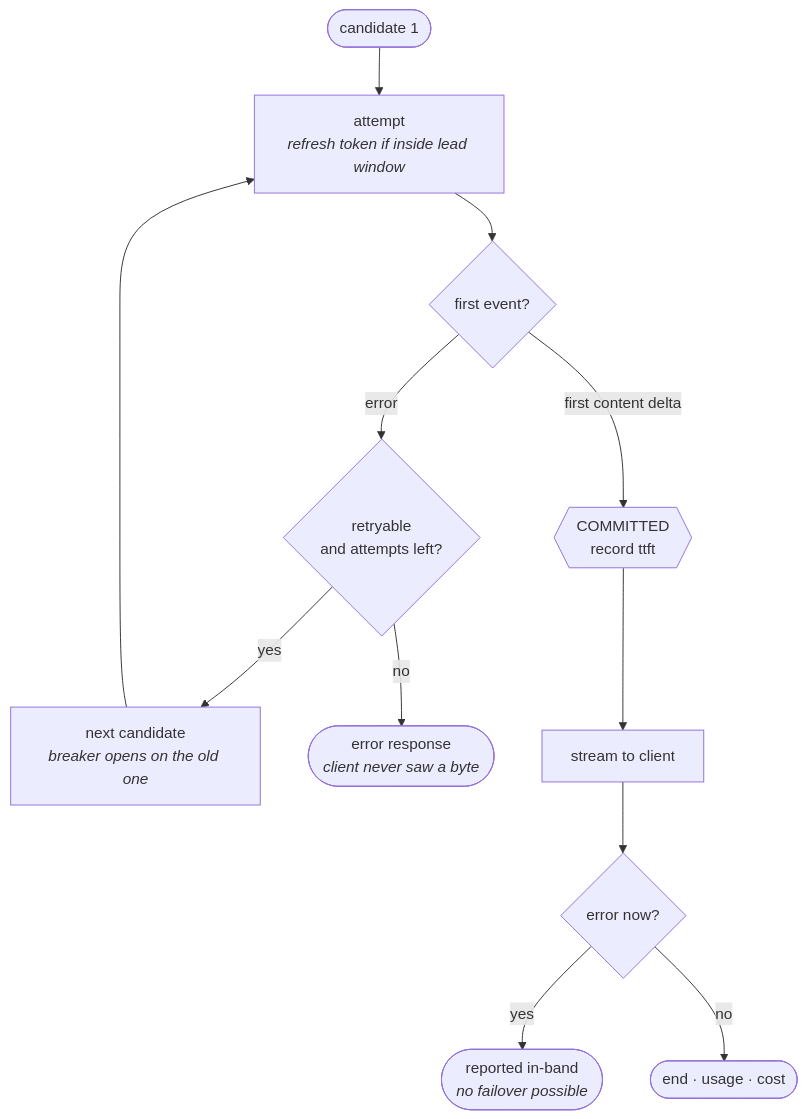
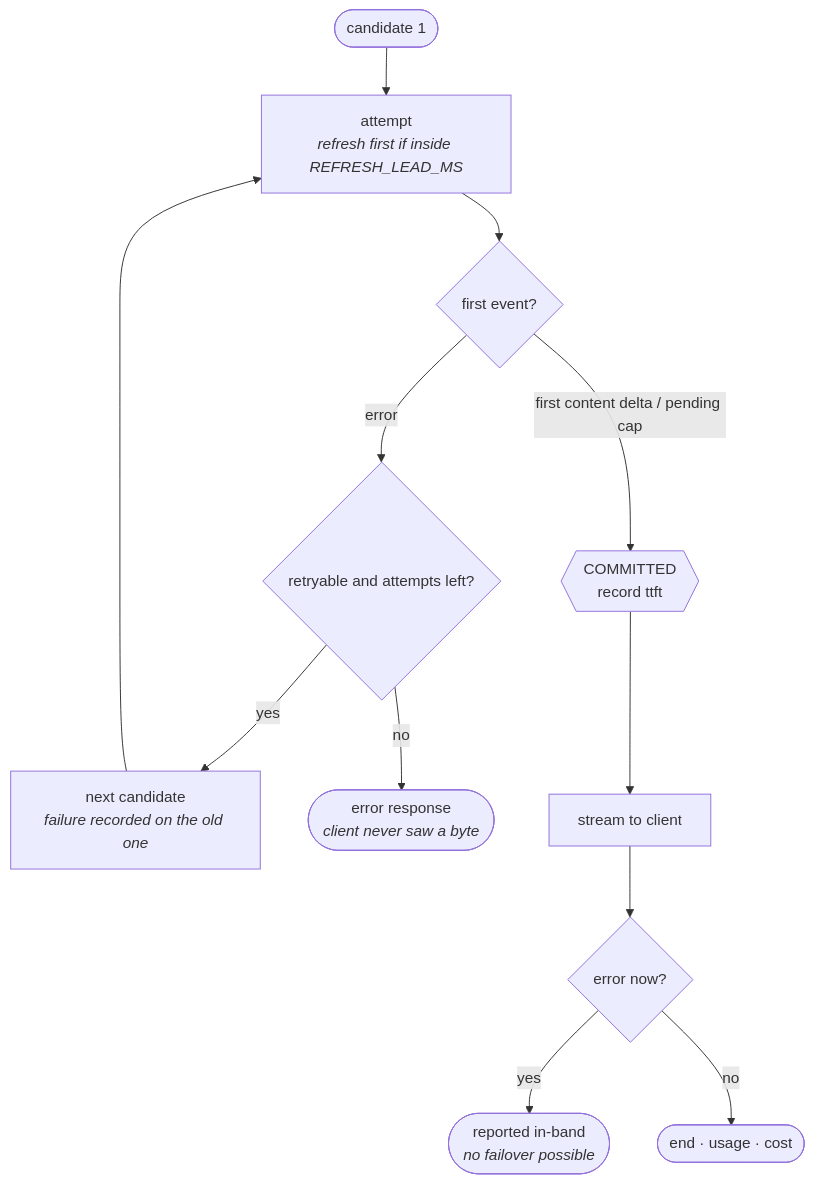
One commit to harismawan/omnigateway changed the fifth of 12 diagrams in ARCHITECTURE.md. Above: the diagram before and after it, drawn with Mermaid. The commit also changed other lines of this file, not shown here.

First line of the commit message:
docs: rewrite ARCHITECTURE.md against the Rust crates

````diff
--- a/ARCHITECTURE.md
+++ b/ARCHITECTURE.md
@@ -302,15 +321,13 @@
 ```mermaid
 flowchart TD
-  start([candidate 1]) --> att["attempt<br/><i>refresh token if inside lead window</i>"]
+  start([candidate 1]) --> att["attempt<br/><i>refresh first if inside REFRESH_LEAD_MS</i>"]
   att --> ev{first event?}
-
-  ev -- error --> retryable{retryable<br/>and attempts left?}
-  retryable -- yes --> next["next candidate<br/><i>breaker opens on the old one</i>"] --> att
+  ev -- error --> retryable{retryable and attempts left?}
+  retryable -- yes --> next["next candidate<br/><i>failure recorded on the old one</i>"] --> att
   retryable -- no --> fail(["error response<br/><i>client never saw a byte</i>"])
-
-  ev -- "first content delta" --> commit{{"COMMITTED<br/>record ttft"}}
+  ev -- "first content delta / pending cap" --> commit{{"COMMITTED<br/>record ttft"}}
   commit --> stream["stream to client"]
   stream --> late{error now?}
   late -- yes --> inband(["reported in-band<br/><i>no failover possible</i>"])
   late -- no --> done(["end · usage · cost"])
 ```
````
